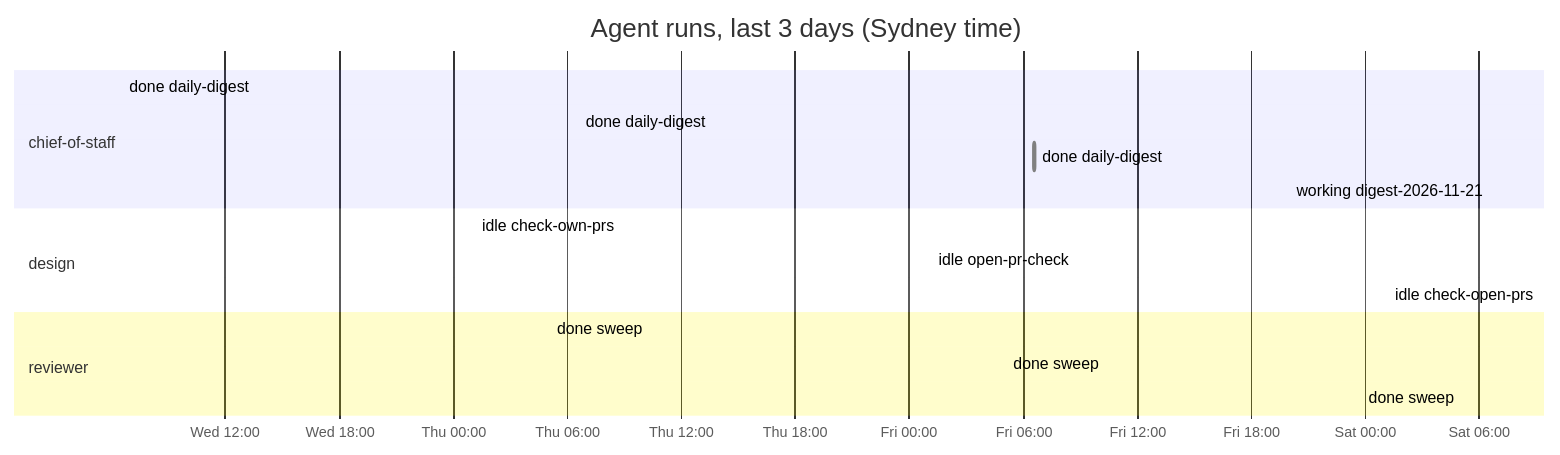
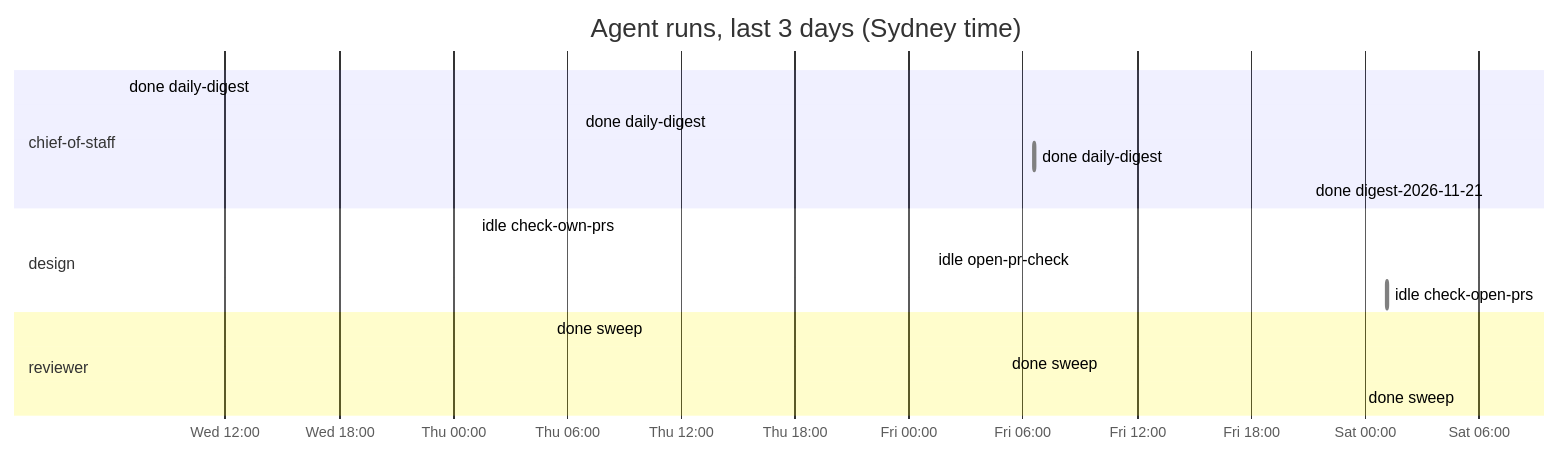
Before and after one commit to roulmediateam-byte/fifteen-expert-hq: the diagram in dashboard.md, drawn with Mermaid. The commit also changed other lines of this file and 1 other file, not shown here.

````diff
--- a/dashboard.md
+++ b/dashboard.md
@@ -47,19 +48,19 @@
 ```mermaid
 gantt
     title Agent runs, last 3 days (Sydney time)
     dateFormat YYYY-MM-DD HH:mm
     axisFormat %a %H:%M
     section chief-of-staff
     done daily-digest :done, 2026-11-18 06:35, 2026-11-18 06:36
     done daily-digest :done, 2026-11-19 06:35, 2026-11-19 06:36
     done daily-digest :done, 2026-11-20 06:35, 2026-11-20 06:37
-    working digest-2026-11-21 :active, 2026-11-21 06:34, 2026-11-21 06:35
+    done digest-2026-11-21 :done, 2026-11-21 06:34, 2026-11-21 06:36
     section design
     idle check-own-prs :done, 2026-11-19 01:10, 2026-11-19 01:11
     idle open-pr-check :done, 2026-11-20 01:10, 2026-11-20 01:11
     idle check-open-prs :done, 2026-11-21 01:10, 2026-11-21 01:11
     section reviewer
     done sweep :done, 2026-11-19 05:04, 2026-11-19 05:05
     done sweep :done, 2026-11-20 05:05, 2026-11-20 05:05
     done sweep :done, 2026-11-21 05:05, 2026-11-21 05:06
 ```
````
